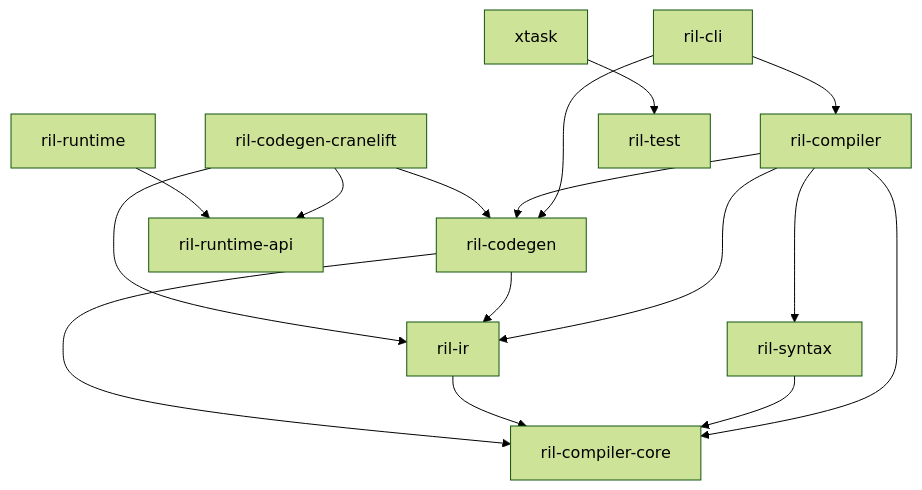
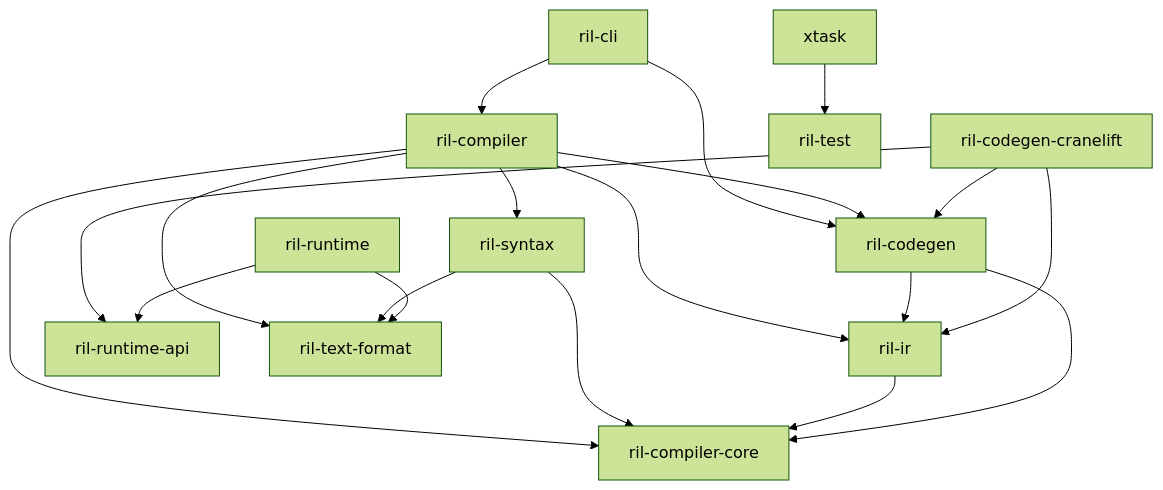
The diagram in doc/ARCHITECTURE.md (wooloo26/Ril), drawn with Mermaid (forest theme) before and after one commit. The commit also changed other lines of this file and 914 other files, not shown here.

```diff
--- a/doc/ARCHITECTURE.md
+++ b/doc/ARCHITECTURE.md
@@ -54,18 +55,21 @@
 ~~~mermaid
 flowchart TD
     cli["ril-cli"] --> compiler["ril-compiler"]
     cli --> codegen["ril-codegen"]
     compiler --> syntax["ril-syntax"]
     compiler --> ir["ril-ir"]
     compiler --> codegen
     compiler --> core["ril-compiler-core"]
     syntax --> core
     ir --> core
     codegen --> core
     codegen --> ir
     native["ril-codegen-cranelift"] --> codegen
     native --> ir
     native --> api["ril-runtime-api"]
     runtime["ril-runtime"] --> api
+    compiler --> format["ril-text-format"]
+    syntax --> format
+    runtime --> format
     xtask --> corpus["ril-test"]
 ~~~
```
